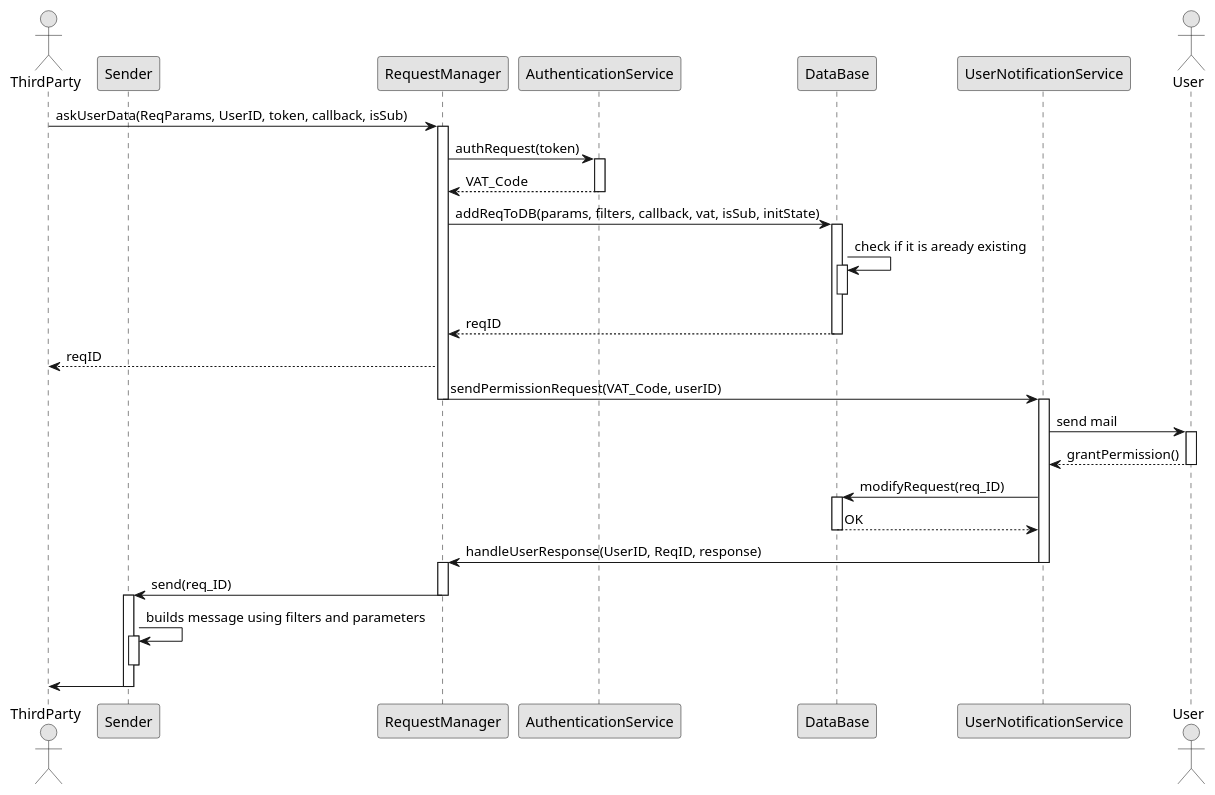
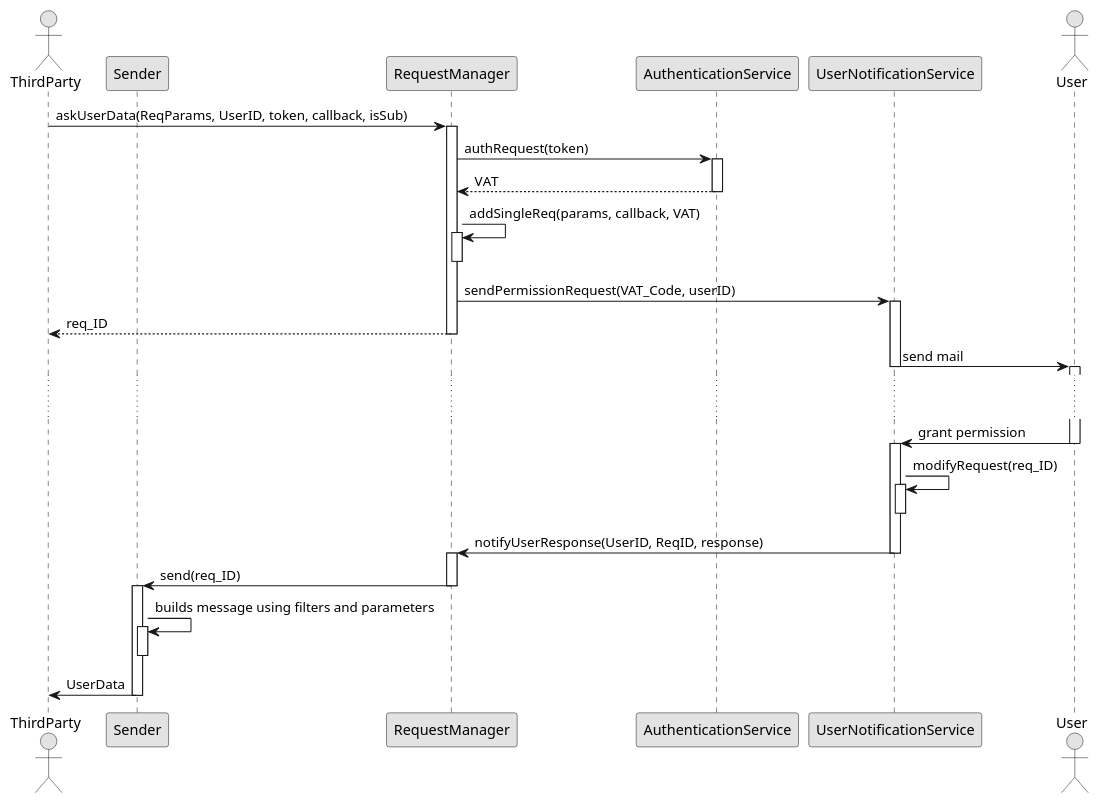
Before and after one commit to AlviseDeFaveri/BiscontiniDeFaveriGelli: the diagram in DD/diagrams/SingleUserDataRequest_Sequence.puml, drawn with PlantUML. The commit also changed 9 other files, not shown here.

Commit message:
[DD] Added sequence diagrams description

```diff
--- a/DD/diagrams/SingleUserDataRequest_Sequence.puml
+++ b/DD/diagrams/SingleUserDataRequest_Sequence.puml
@@ -1,50 +1,50 @@
 @startuml
 skinparam monochrome true
 
 actor ThirdParty as TP
 participant Sender as SND
 participant RequestManager as REQ
 participant AuthenticationService as AUTH
-participant DataBase as DB
 participant UserNotificationService as NOT
 actor User
 
 TP -> REQ : askUserData(ReqParams, UserID, token, callback, isSub)
 activate REQ
 REQ -> AUTH: authRequest(token)
 activate AUTH
-AUTH --> REQ: VAT_Code
+AUTH --> REQ: VAT
 deactivate AUTH
-REQ -> DB : addReqToDB(params, filters, callback, vat, isSub, initState)
-activate DB
-DB -> DB: check if it is aready existing
-activate DB
-deactivate DB
-DB --> REQ : reqID
-deactivate DB
-REQ --> TP : reqID
+REQ -> REQ : addSingleReq(params, callback, VAT)
+activate REQ
+deactivate REQ
 REQ -> NOT : sendPermissionRequest(VAT_Code, userID)
+activate NOT
+REQ --> TP : req_ID
 deactivate REQ
+NOT -> User : send mail
+deactivate NOT
+activate User
+
+... ...
+
+User -> NOT : grant permission
+deactivate User
 activate NOT
-NOT -> User : send mail
-activate User
-User --> NOT : grantPermission()
-deactivate User
-NOT -> DB : modifyRequest(req_ID)
-activate DB
-DB --> NOT : OK
-deactivate DB
 
-NOT -> REQ : handleUserResponse(UserID, ReqID, response)
+NOT -> NOT : modifyRequest(req_ID)
+activate NOT
+deactivate NOT
+
+NOT -> REQ : notifyUserResponse(UserID, ReqID, response)
 deactivate NOT
 activate REQ
 
 REQ -> SND : send(req_ID)
 deactivate REQ
 activate SND
 SND -> SND : builds message using filters and parameters
 activate SND
 deactivate SND
-SND -> TP
+SND -> TP: UserData
 deactivate SND
 @enduml
```
